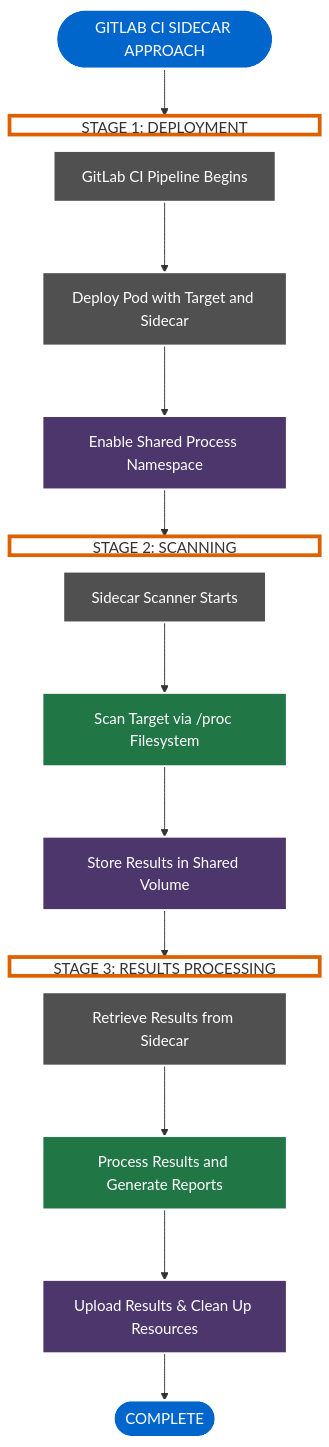
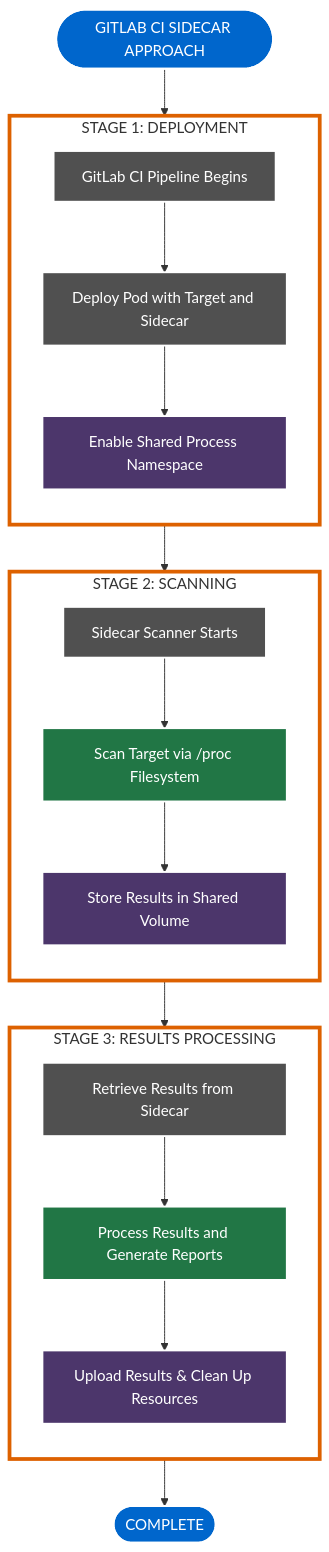
One commit to mitre/kube-secure-scanner changed the seventh of 10 diagrams in docs/overview/mermaid-diagrams.md. Above: the diagram before and after it, drawn with Mermaid. The commit also changed other lines of this file and 1 other file, not shown here.

First line of the commit message:
Fix all diagram containment issues and add documentation

````diff
--- a/docs/overview/mermaid-diagrams.md
+++ b/docs/overview/mermaid-diagrams.md
@@ -307,52 +293,48 @@
 ```mermaid
 flowchart TD
     start([GITLAB CI SIDECAR APPROACH]) --> stage1
     
     subgraph stage1["STAGE 1: DEPLOYMENT"]
         direction TB
         pipeline_start["GitLab CI Pipeline Begins"] --> deploy["Deploy Pod with Target and Sidecar"]
         deploy --> shared_namespace["Enable Shared Process Namespace"]
     end
     
     stage1 --> stage2
     
     subgraph stage2["STAGE 2: SCANNING"]
         direction TB
         sidecar_start["Sidecar Scanner Starts"] --> scan["Scan Target via /proc Filesystem"]
         scan --> store_results["Store Results in Shared Volume"]
     end
     
     stage2 --> stage3
     
     subgraph stage3["STAGE 3: RESULTS PROCESSING"]
         direction TB
         retrieve["Retrieve Results from Sidecar"] --> process["Process Results and Generate Reports"]
         process --> upload["Upload Results & Clean Up Resources"]
     end
     
     stage3 --> complete([COMPLETE])
     
     %% WCAG-compliant styling
     style start fill:#0066CC,stroke:#FFFFFF,stroke-width:2px,color:#FFFFFF
     style complete fill:#0066CC,stroke:#FFFFFF,stroke-width:2px,color:#FFFFFF
     
     %% Stage styling with WCAG-compliant colors - works in both light/dark
     style stage1 fill:none,stroke:#DD6100,stroke-width:4px
     style stage2 fill:none,stroke:#DD6100,stroke-width:4px
     style stage3 fill:none,stroke:#DD6100,stroke-width:4px
     
     %% Process styling with WCAG-compliant colors
     style pipeline_start fill:#505050,stroke:#FFFFFF,stroke-width:2px,color:#FFFFFF
     style deploy fill:#505050,stroke:#FFFFFF,stroke-width:2px,color:#FFFFFF
     style shared_namespace fill:#4C366B,stroke:#FFFFFF,stroke-width:2px,color:#FFFFFF
     style sidecar_start fill:#505050,stroke:#FFFFFF,stroke-width:2px,color:#FFFFFF
     style scan fill:#217645,stroke:#FFFFFF,stroke-width:2px,color:#FFFFFF
     style store_results fill:#4C366B,stroke:#FFFFFF,stroke-width:2px,color:#FFFFFF
     style retrieve fill:#505050,stroke:#FFFFFF,stroke-width:2px,color:#FFFFFF
     style process fill:#217645,stroke:#FFFFFF,stroke-width:2px,color:#FFFFFF
     style upload fill:#4C366B,stroke:#FFFFFF,stroke-width:2px,color:#FFFFFF
-    
-    %% Add more vertical space
-    classDef space height:20px;
-    class stage1,stage2,stage3 space;
 ```
````
